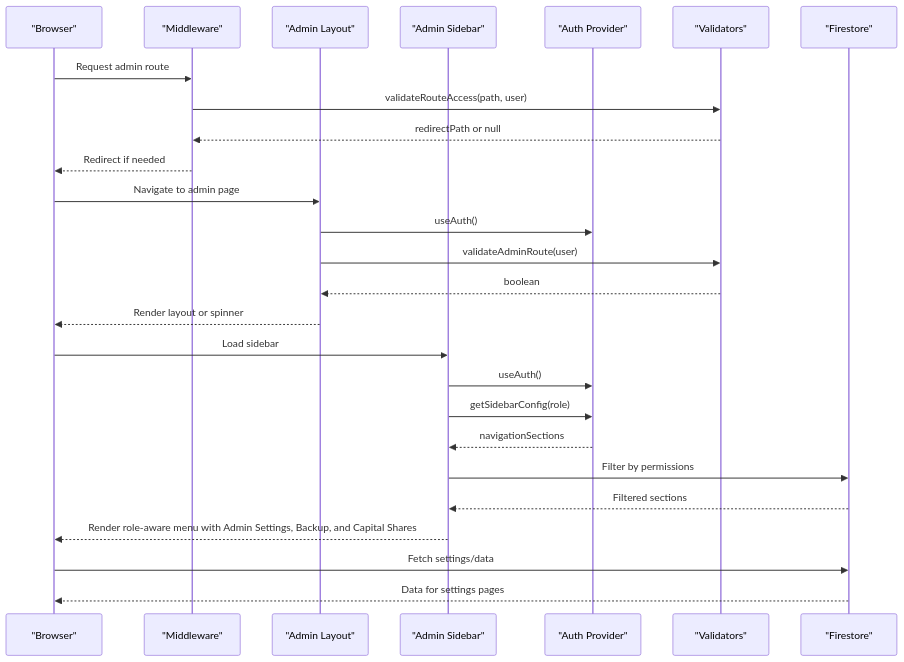
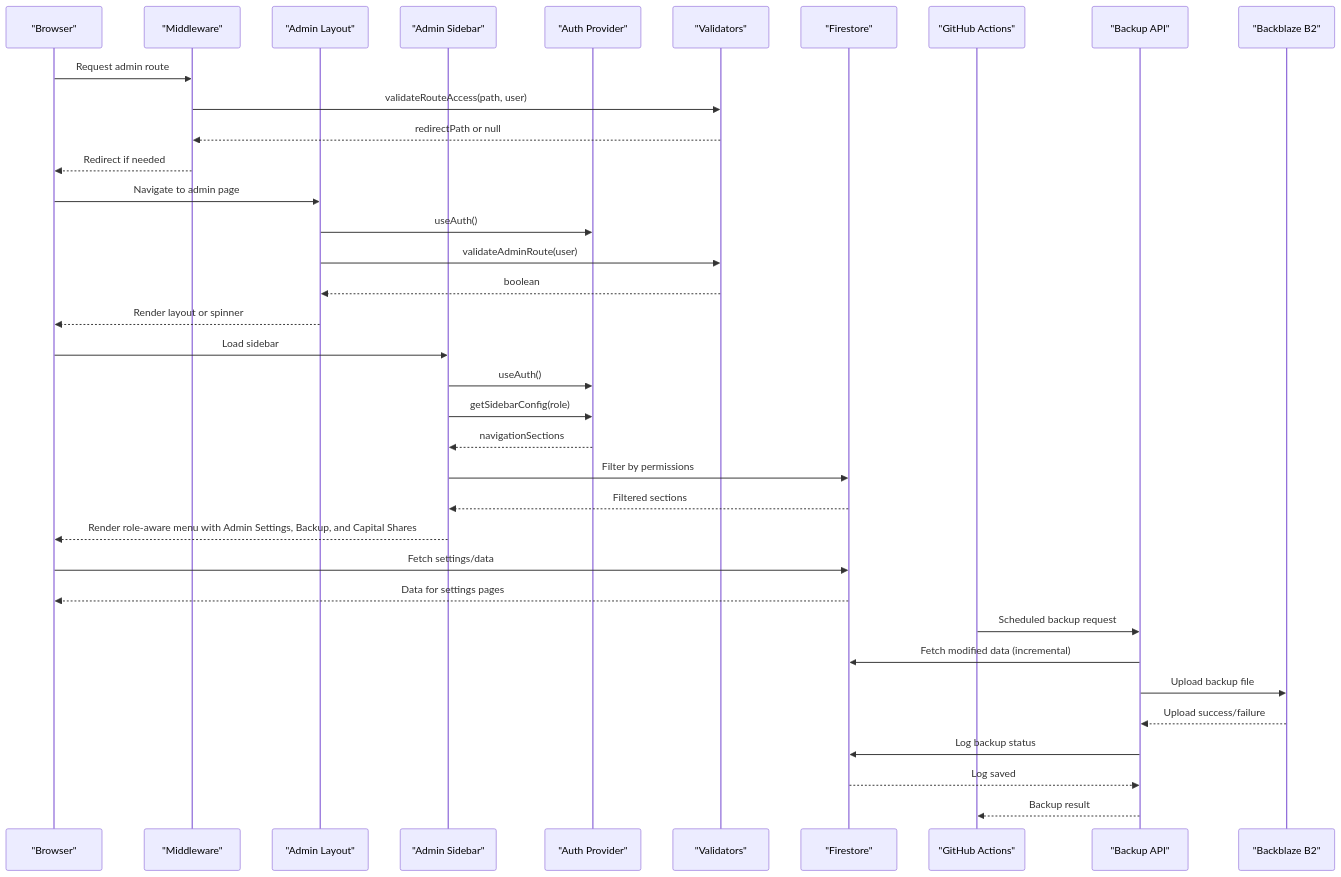
The second of 22 diagrams in .qoder/repowiki/en/content/Project Overview/Core Features & Functionality/Administrative Features/Administrative Features.md (Unsure-bry/sampacoop_system), drawn with Mermaid before and after one commit. The commit also changed other lines of this file and 11 other files, not shown here.

````diff
--- a/.qoder/repowiki/en/content/Project Overview/Core Features & Functionality/Administrative Features/Administrative Features.md
+++ b/.qoder/repowiki/en/content/Project Overview/Core Features & Functionality/Administrative Features/Administrative Features.md
@@ -210,28 +238,38 @@
 ```mermaid
 sequenceDiagram
 participant Browser as "Browser"
 participant MW as "Middleware"
 participant AL as "Admin Layout"
 participant SB as "Admin Sidebar"
 participant AUTH as "Auth Provider"
 participant VAL as "Validators"
 participant FS as "Firestore"
+participant GHA as "GitHub Actions"
+participant BAPI as "Backup API"
+participant B2 as "Backblaze B2"
 Browser->>MW : Request admin route
 MW->>VAL : validateRouteAccess(path, user)
 VAL-->>MW : redirectPath or null
 MW-->>Browser : Redirect if needed
 Browser->>AL : Navigate to admin page
 AL->>AUTH : useAuth()
 AL->>VAL : validateAdminRoute(user)
 VAL-->>AL : boolean
 AL-->>Browser : Render layout or spinner
 Browser->>SB : Load sidebar
 SB->>AUTH : useAuth()
 SB->>AUTH : getSidebarConfig(role)
 AUTH-->>SB : navigationSections
 SB->>FS : Filter by permissions
 FS-->>SB : Filtered sections
 SB-->>Browser : Render role-aware menu with Admin Settings, Backup, and Capital Shares
 Browser->>FS : Fetch settings/data
 FS-->>Browser : Data for settings pages
+GHA->>BAPI : Scheduled backup request
+BAPI->>FS : Fetch modified data (incremental)
+BAPI->>B2 : Upload backup file
+B2-->>BAPI : Upload success/failure
+BAPI->>FS : Log backup status
+FS-->>BAPI : Log saved
+BAPI-->>GHA : Backup result
 ```
````
